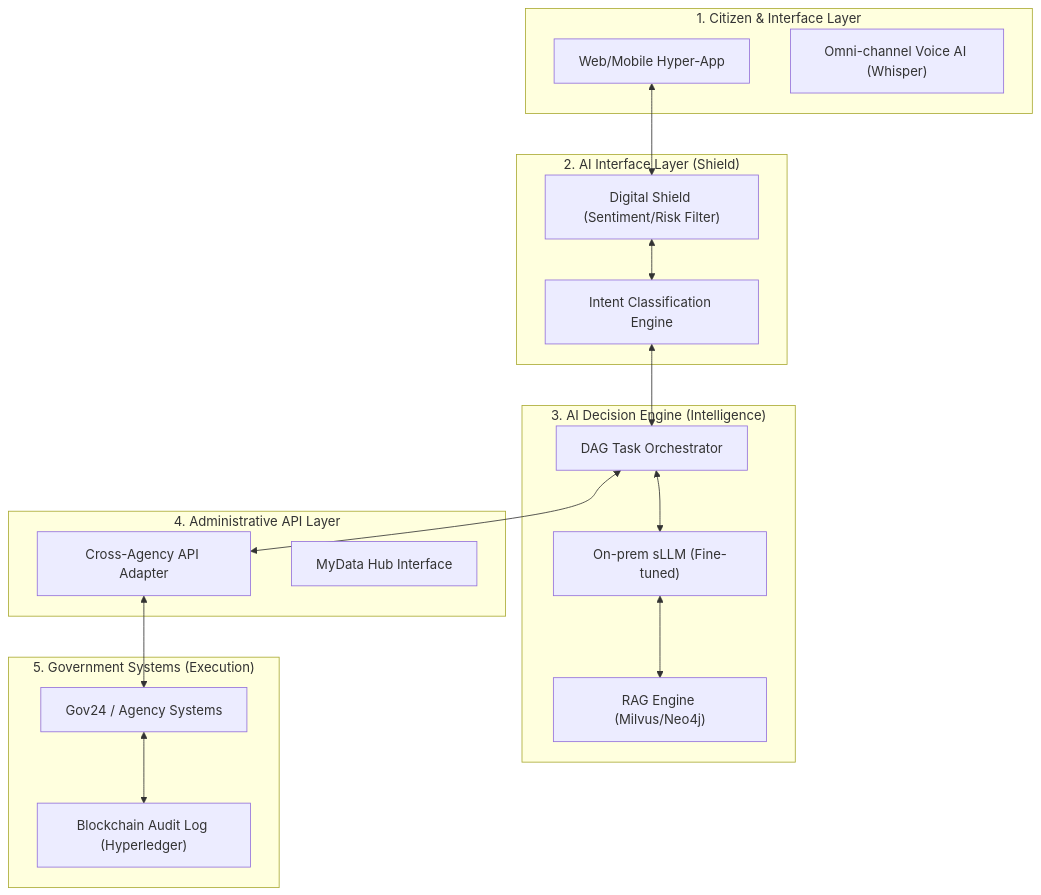
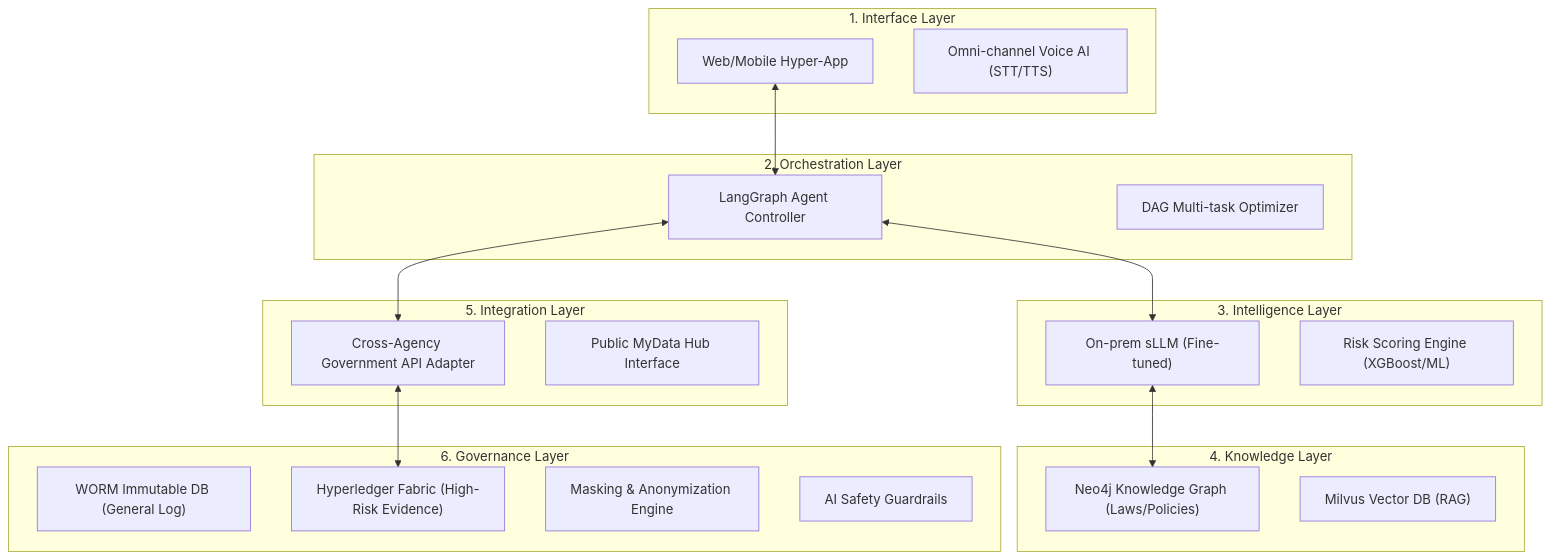
Before and after one commit to SxxMWolf/minwonAI: the second of 2 diagrams in final_comprehensive_proposal.md, drawn with Mermaid. The commit also changed other lines of this file, not shown here.

````diff
--- a/final_comprehensive_proposal.md
+++ b/final_comprehensive_proposal.md
@@ -170,33 +168,35 @@
 ```mermaid
 graph TD
-    subgraph "1. Citizen & Interface Layer"
+    subgraph "1. Interface Layer"
         UI["Web/Mobile Hyper-App"]
-        Voice["Omni-channel Voice AI (Whisper)"]
+        Voice["Omni-channel Voice AI (STT/TTS)"]
     end
-    subgraph "2. AI Interface Layer (Shield)"
-        Shield["Digital Shield (Sentiment/Risk Filter)"]
-        NLU["Intent Classification Engine"]
+    subgraph "2. Orchestration Layer"
+        Agent["LangGraph Agent Controller"]
+        Scenario["DAG Multi-task Optimizer"]
     end
-    subgraph "3. AI Decision Engine (Intelligence)"
+    subgraph "3. Intelligence Layer"
         LLM["On-prem sLLM (Fine-tuned)"]
-        RAG["RAG Engine (Milvus/Neo4j)"]
-        DAG["DAG Task Orchestrator"]
+        Risk["Risk Scoring Engine (XGBoost/ML)"]
     end
-    subgraph "4. Administrative API Layer"
-        Adapter["Cross-Agency API Adapter"]
-        MyData["MyData Hub Interface"]
+    subgraph "4. Knowledge Layer"
+        KG["Neo4j Knowledge Graph (Laws/Policies)"]
+        Vector["Milvus Vector DB (RAG)"]
     end
-    subgraph "5. Government Systems (Execution)"
-        Gov24["Gov24 / Agency Systems"]
-        Audit["Blockchain Audit Log (Hyperledger)"]
+    subgraph "5. Integration Layer"
+        Adapter["Cross-Agency Government API Adapter"]
+        MyData["Public MyData Hub Interface"]
+    end
+    subgraph "6. Governance Layer"
+        WORM["WORM Immutable DB (General Log)"]
+        Blockchain["Hyperledger Fabric (High-Risk Evidence)"]
+        Privacy["Masking & Anonymization Engine"]
+        Safety["AI Safety Guardrails"]
     end
     
-    UI <--> Shield
-    Shield <--> NLU
-    NLU <--> DAG
-    DAG <--> LLM
-    LLM <--> RAG
-    DAG <--> Adapter
-    Adapter <--> Gov24
-    Gov24 <--> Audit
+    UI <--> Agent
+    Agent <--> LLM
+    LLM <--> KG
+    Agent <--> Adapter
+    Adapter <--> Blockchain
 ```
````
